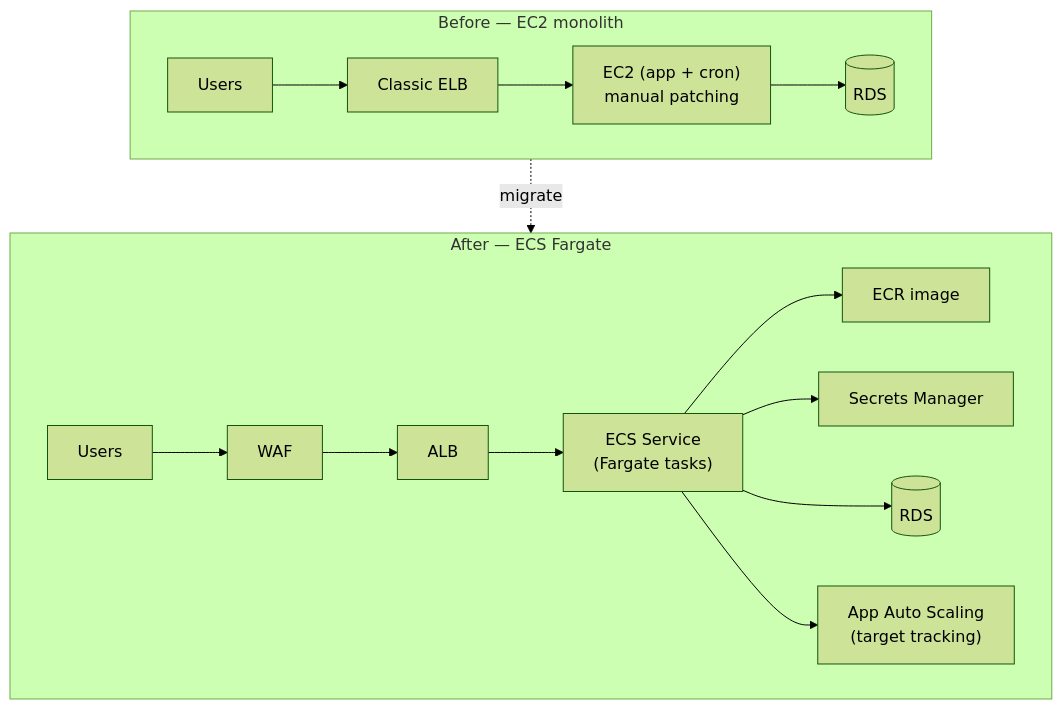
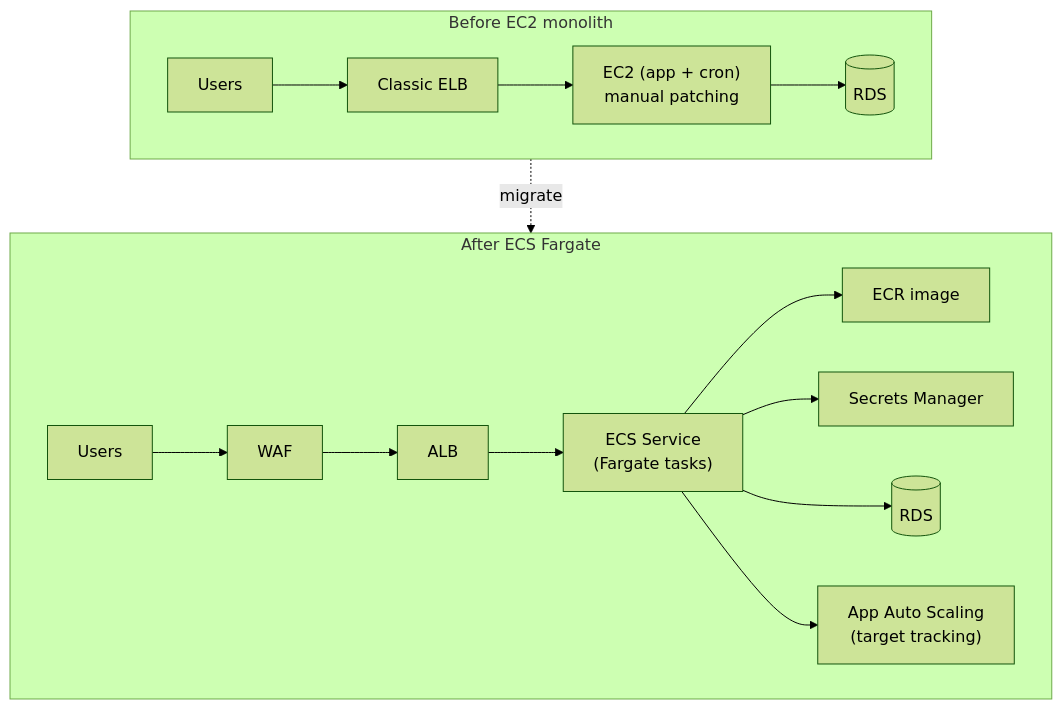
The diagram in README.md (ayushishrot/ecs-fargate-migration), drawn with Mermaid (forest theme) before and after one commit. The commit also changed other lines of this file and 1 other file, not shown here.

Commit message:
docs: clean up copy in docs and READMEs

````diff
--- a/README.md
+++ b/README.md
@@ -17,18 +17,18 @@
 ```mermaid
 flowchart TB
-    subgraph before["Before — EC2 monolith"]
+    subgraph before["Before  EC2 monolith"]
         u1["Users"] --> elb1["Classic ELB"]
         elb1 --> ec2a["EC2 (app + cron)\nmanual patching"]
         ec2a --> db1[("RDS")]
     end
-    subgraph after["After — ECS Fargate"]
+    subgraph after["After  ECS Fargate"]
         u2["Users"] --> waf["WAF"]
         waf --> alb["ALB"]
         alb --> svc["ECS Service\n(Fargate tasks)"]
         svc --> ecr["ECR image"]
         svc --> sm["Secrets Manager"]
         svc --> db2[("RDS")]
         svc --> asg["App Auto Scaling\n(target tracking)"]
     end
     before -.migrate.-> after
 ```
````
